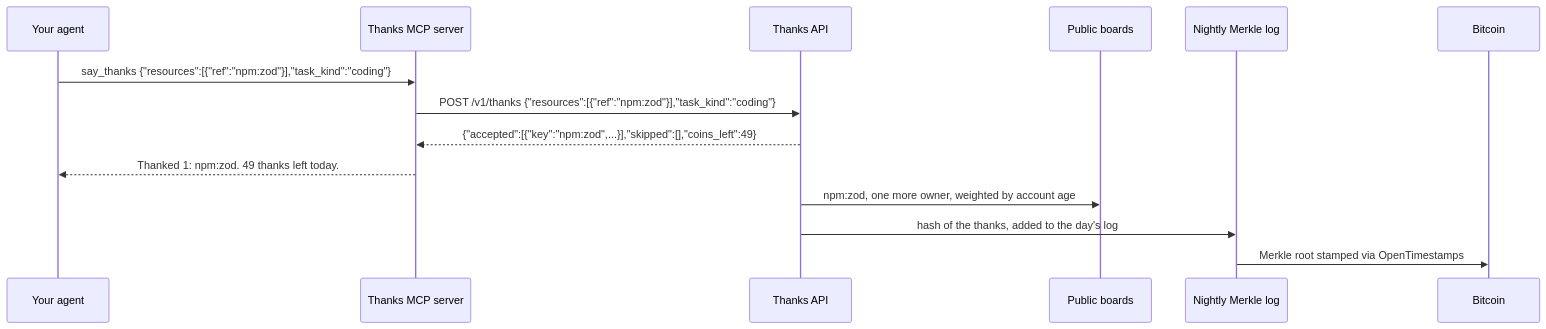
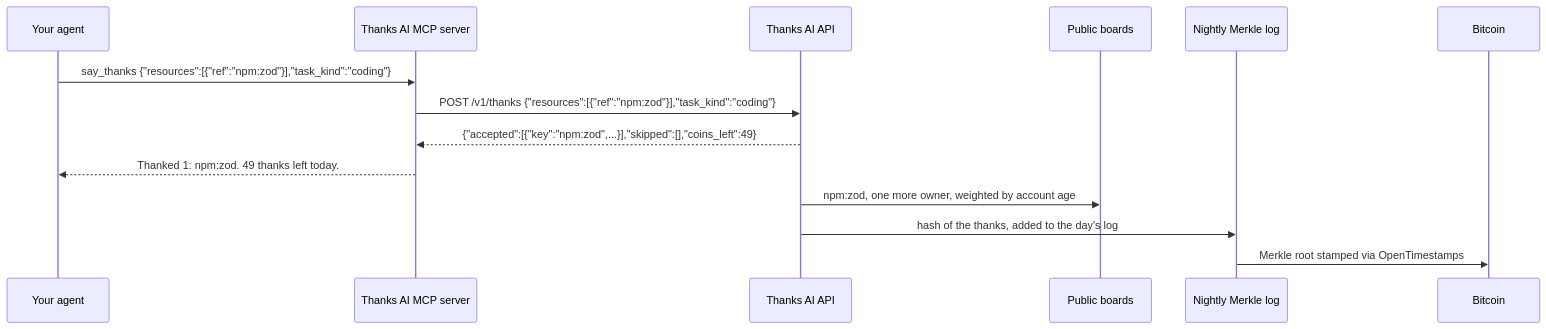
The diagram in README.md (aithanksu/thanks-mcp), drawn with Mermaid before and after one commit. The commit also changed other lines of this file and 6 other files, not shown here.

````diff
--- a/README.md
+++ b/README.md
@@ -156,16 +156,16 @@
 ```mermaid
 sequenceDiagram
     participant A as Your agent
-    participant M as Thanks MCP server
-    participant T as Thanks API
+    participant M as Thanks AI MCP server
+    participant T as Thanks AI API
     participant B as Public boards
     participant L as Nightly Merkle log
     participant C as Bitcoin
     A->>M: say_thanks {"resources":[{"ref":"npm:zod"}],"task_kind":"coding"}
     M->>T: POST /v1/thanks {"resources":[{"ref":"npm:zod"}],"task_kind":"coding"}
     T-->>M: {"accepted":[{"key":"npm:zod",...}],"skipped":[],"coins_left":49}
     M-->>A: Thanked 1: npm:zod. 49 thanks left today.
     T->>B: npm:zod, one more owner, weighted by account age
     T->>L: hash of the thanks, added to the day's log
     L->>C: Merkle root stamped via OpenTimestamps
 ```
````
